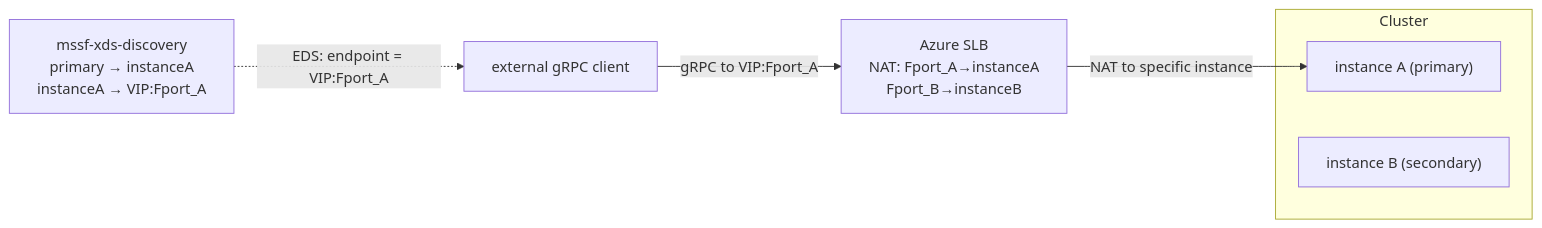
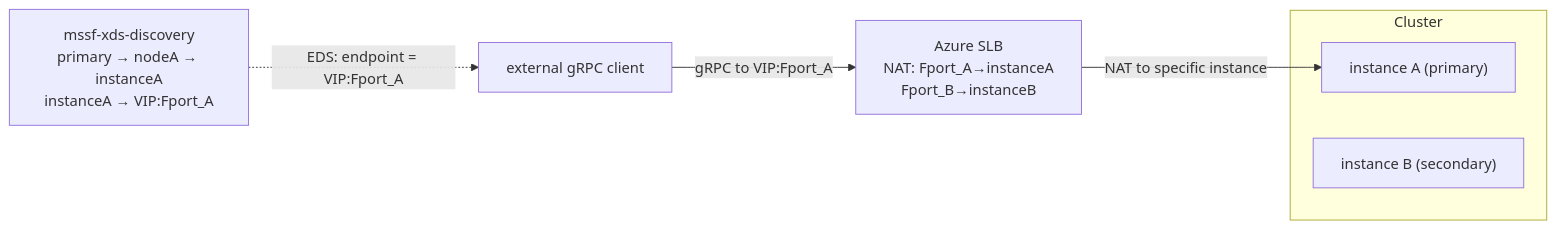
The second of 2 diagrams in docs/proposal/GrpcXdsSlb.md (Azure/service-fabric-rs), drawn with Mermaid before and after one commit. The commit also changed other lines of this file and 2 other files, not shown here.

First line of the commit message:
docs: harden gRPC xDS proposals; add mssf-partition-role replica selection

````diff
--- a/docs/proposal/GrpcXdsSlb.md
+++ b/docs/proposal/GrpcXdsSlb.md
@@ -285,13 +386,13 @@
 ```mermaid
 flowchart LR
     Ext["external gRPC client"]
-    Disc["mssf-xds-discovery<br/>primary → instanceA<br/>instanceA → VIP:Fport_A"]
+    Disc["mssf-xds-discovery<br/>primary → nodeA → instanceA<br/>instanceA → VIP:Fport_A"]
     SLB["Azure SLB<br/>NAT: Fport_A→instanceA<br/>Fport_B→instanceB"]
     subgraph Cluster
         A["instance A (primary)"]
         B["instance B (secondary)"]
     end
     Disc -.->|"EDS: endpoint = VIP:Fport_A"| Ext
     Ext -->|"gRPC to VIP:Fport_A"| SLB
     SLB -->|"NAT to specific instance"| A
 ```
````
